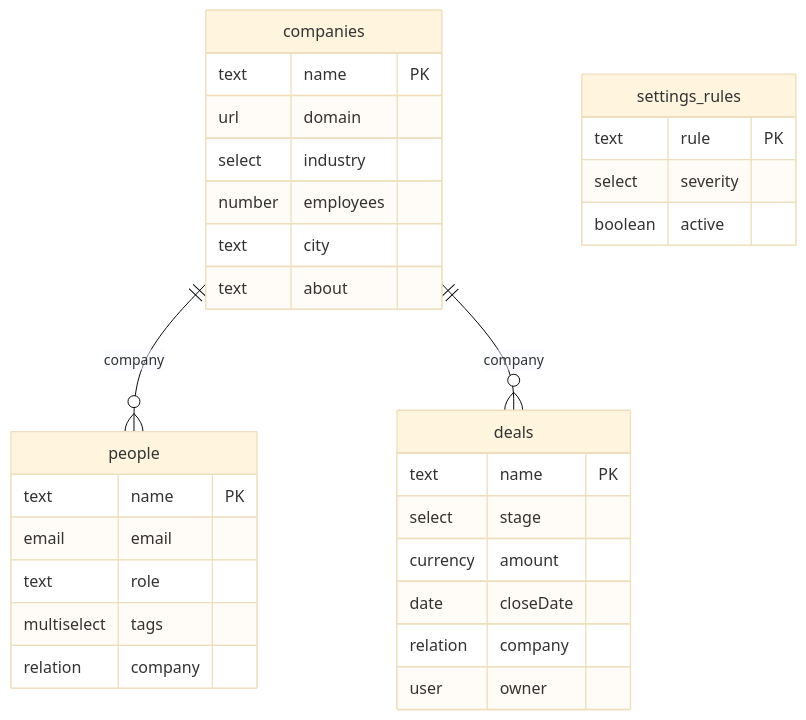
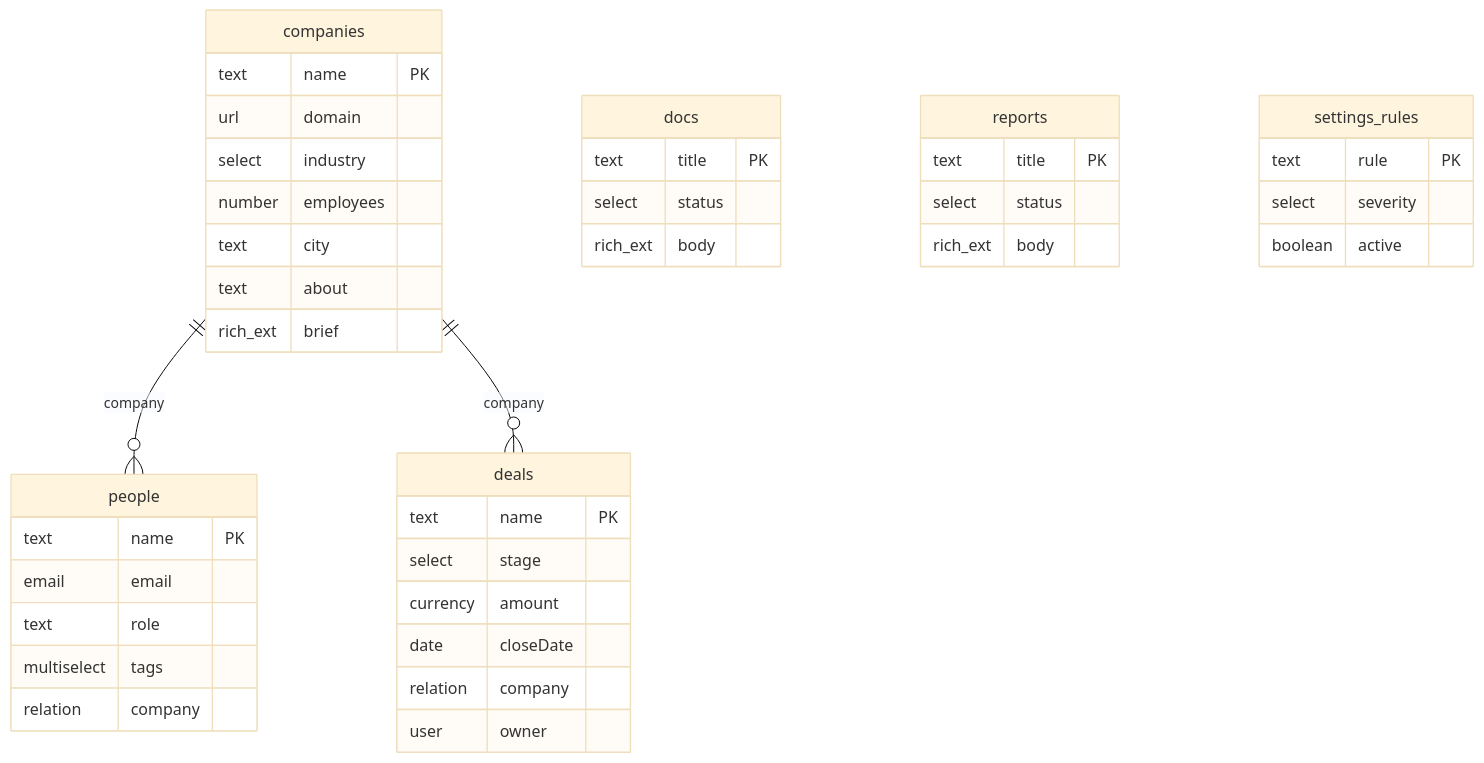
The diagram in docs/DATA-MODEL.md (achammah/nexus-app-starter), drawn with Mermaid (base theme) before and after one commit. The commit also changed other lines of this file and 28 other files, not shown here.

````diff
--- a/docs/DATA-MODEL.md
+++ b/docs/DATA-MODEL.md
@@ -7,33 +7,44 @@
 ```mermaid
 erDiagram
   companies {
     text name "PK"
     url domain
     select industry
     number employees
     text city
     text about
+    rich_ext brief
   }
   people {
     text name "PK"
     email email
     text role
     multiselect tags
     relation company
   }
   deals {
     text name "PK"
     select stage
     currency amount
     date closeDate
     relation company
     user owner
   }
+  docs {
+    text title "PK"
+    select status
+    rich_ext body
+  }
+  reports {
+    text title "PK"
+    select status
+    rich_ext body
+  }
   settings_rules {
     text rule "PK"
     select severity
     boolean active
   }
   companies ||--o{ people : "company"
   companies ||--o{ deals : "company"
 ```
````
